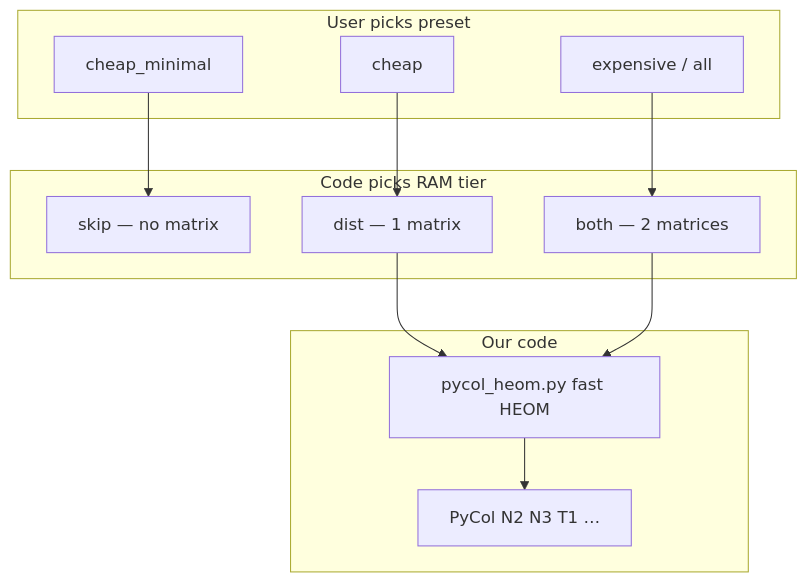
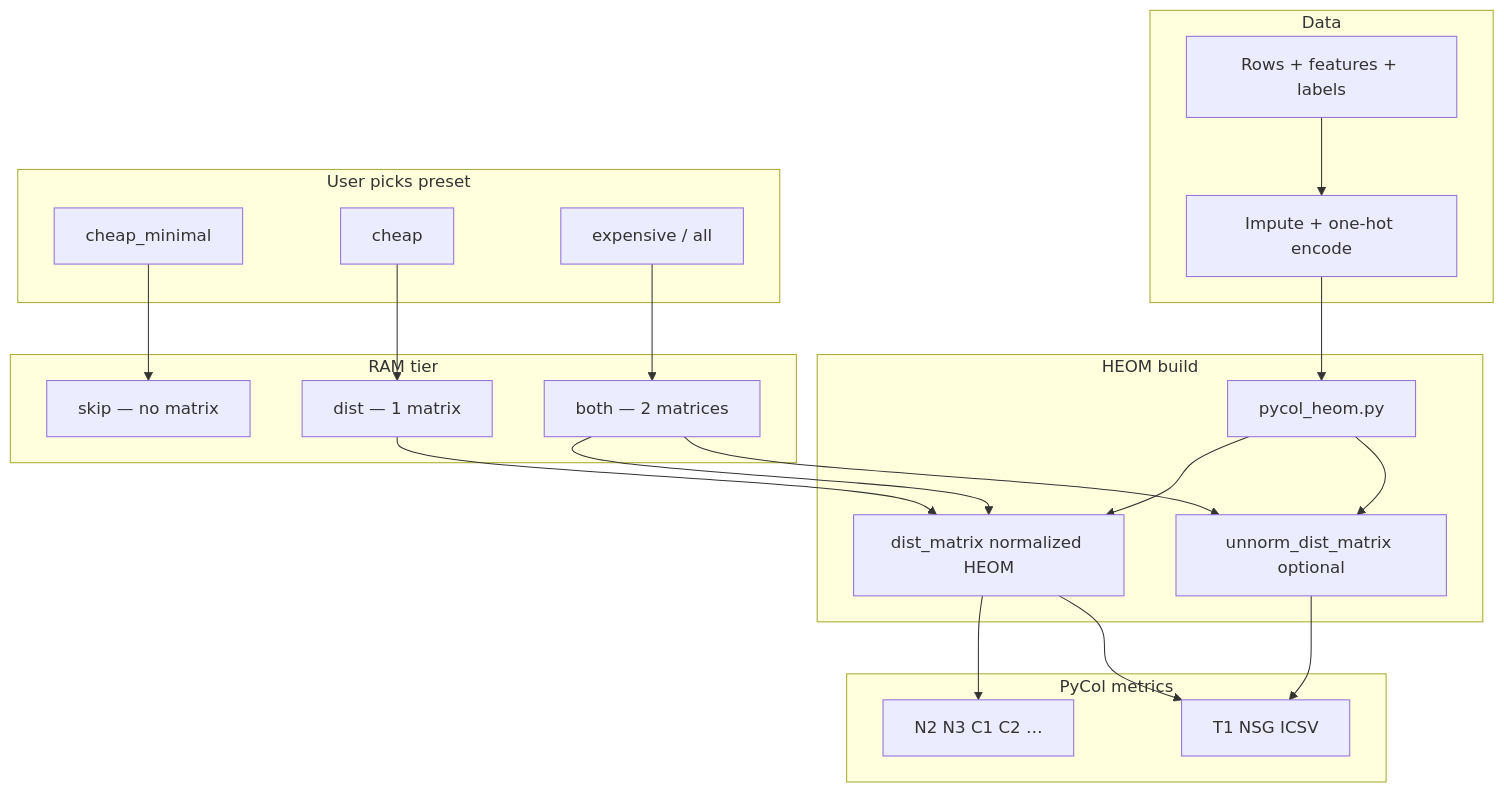
Before and after one commit to aghilhooshmand/DataComplexity: the diagram in docs/pycol_heom_build_slides.md, drawn with Mermaid. The commit also changed other lines of this file and 7 other files, not shown here.

````diff
--- a/docs/pycol_heom_build_slides.md
+++ b/docs/pycol_heom_build_slides.md
@@ -173,23 +349,38 @@
 ```mermaid
 flowchart TB
+  subgraph data [Data]
+    CSV[Rows + features + labels]
+    Prep[Impute + one-hot encode]
+  end
+  subgraph heom [HEOM build]
+    H[pycol_heom.py]
+    D[dist_matrix normalized HEOM]
+    U[unnorm_dist_matrix optional]
+  end
   subgraph presets [User picks preset]
     M[cheap_minimal]
     C[cheap]
     E[expensive / all]
   end
-  subgraph tiers [Code picks RAM tier]
+  subgraph tiers [RAM tier]
     A[skip — no matrix]
     B[dist — 1 matrix]
-    D[both — 2 matrices]
+    T[both — 2 matrices]
   end
-  subgraph code [Our code]
-    H[pycol_heom.py fast HEOM]
-    P[PyCol N2 N3 T1 …]
+  subgraph pycol [PyCol metrics]
+    P[N2 N3 C1 C2 …]
+    T1[T1 NSG ICSV]
   end
+  CSV --> Prep --> H
+  H --> D
+  H --> U
   M --> A
   C --> B
-  E --> D
-  B --> H
-  D --> H
-  H --> P
+  E --> T
+  B --> D
+  T --> D
+  T --> U
+  D --> P
+  D --> T1
+  U --> T1
 ```
````
